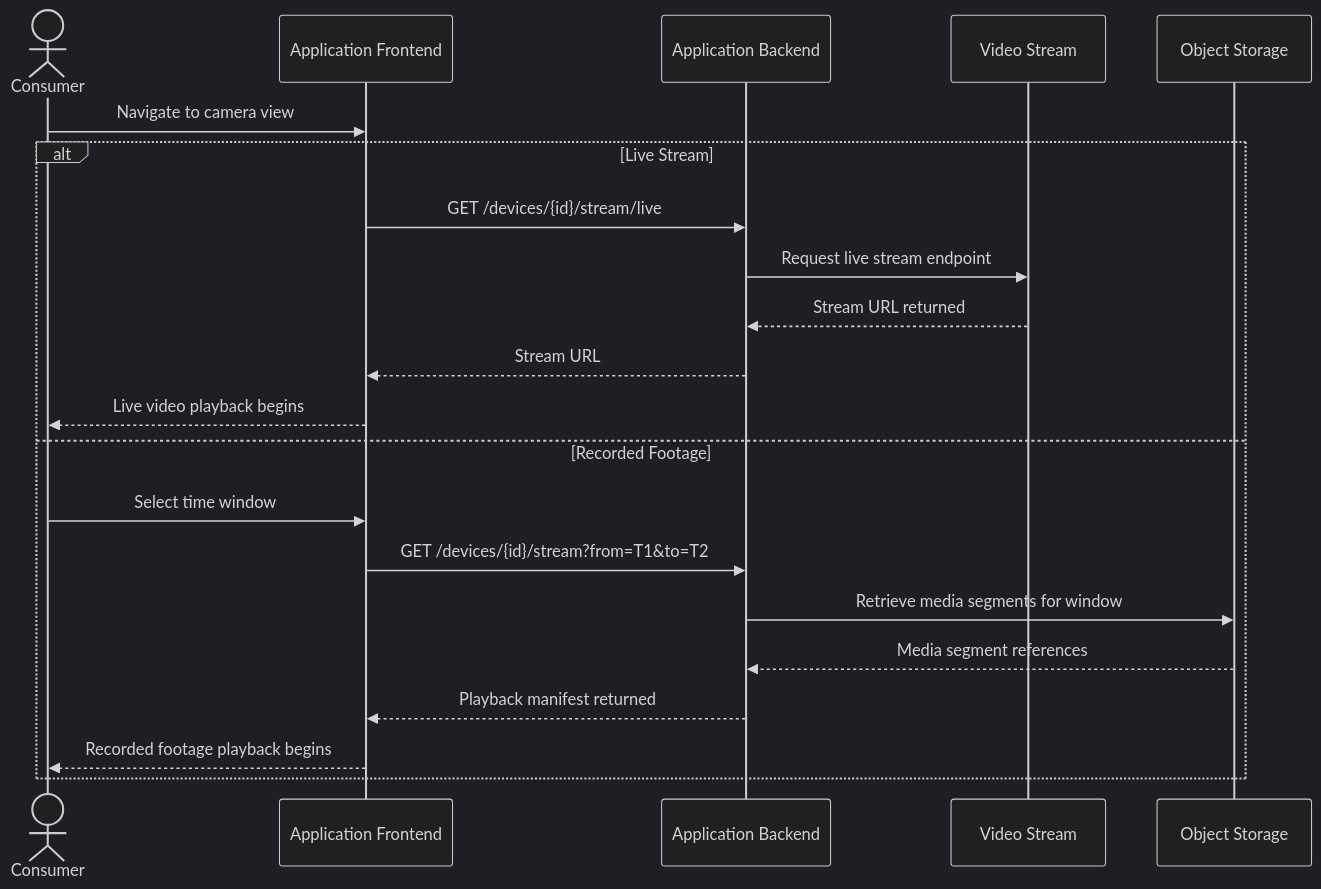
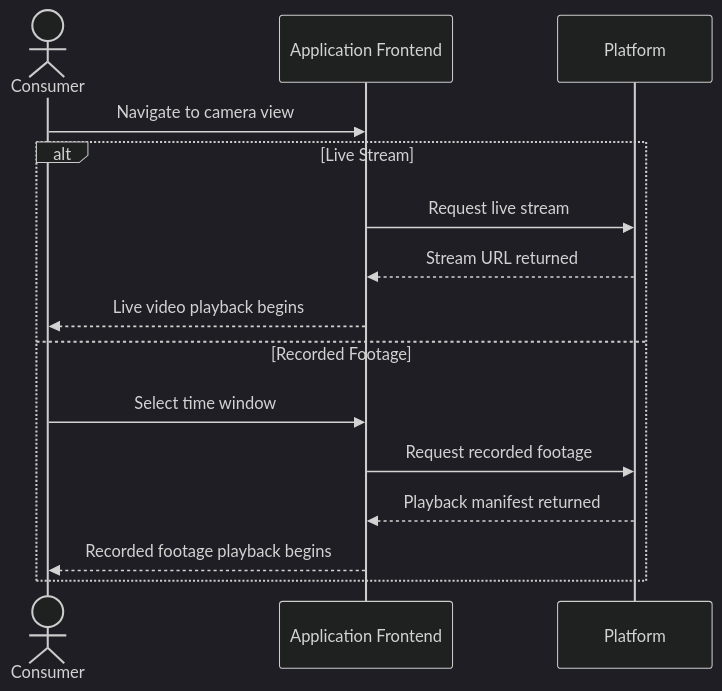
One commit to GarrettGruss/CS7346-401-report changed the second of 8 diagrams in docs/report/sections/03_use_cases/use_cases.md. Above: the diagram before and after it, drawn with Mermaid (dark theme). The commit also changed other lines of this file and 10 other files, not shown here.

Commit message:
fix(03_use_cases): Simplifying use cases and re rendering diagrams with higher resoltuion fix(01_introduction): reducing content fix(05_quality attributes): adding requirements fix(08_cloud services): simplifying cloud components to bullet point list

````diff
--- a/docs/report/sections/03_use_cases/use_cases.md
+++ b/docs/report/sections/03_use_cases/use_cases.md
@@ -80,25 +71,19 @@
 ```mermaid
 sequenceDiagram
     actor Consumer
     participant Frontend as Application Frontend
-    participant Backend as Application Backend
-    participant VideoStream as Video Stream
-    participant Storage as Object Storage
+    participant Platform as Platform
 
     Consumer->>Frontend: Navigate to camera view
 
     alt Live Stream
-        Frontend->>Backend: GET /devices/{id}/stream/live
-        Backend->>VideoStream: Request live stream endpoint
-        VideoStream-->>Backend: Stream URL returned
-        Backend-->>Frontend: Stream URL
+        Frontend->>Platform: Request live stream
+        Platform-->>Frontend: Stream URL returned
         Frontend-->>Consumer: Live video playback begins
     else Recorded Footage
         Consumer->>Frontend: Select time window
-        Frontend->>Backend: GET /devices/{id}/stream?from=T1&to=T2
-        Backend->>Storage: Retrieve media segments for window
-        Storage-->>Backend: Media segment references
-        Backend-->>Frontend: Playback manifest returned
+        Frontend->>Platform: Request recorded footage
+        Platform-->>Frontend: Playback manifest returned
         Frontend-->>Consumer: Recorded footage playback begins
     end
 ```
````
